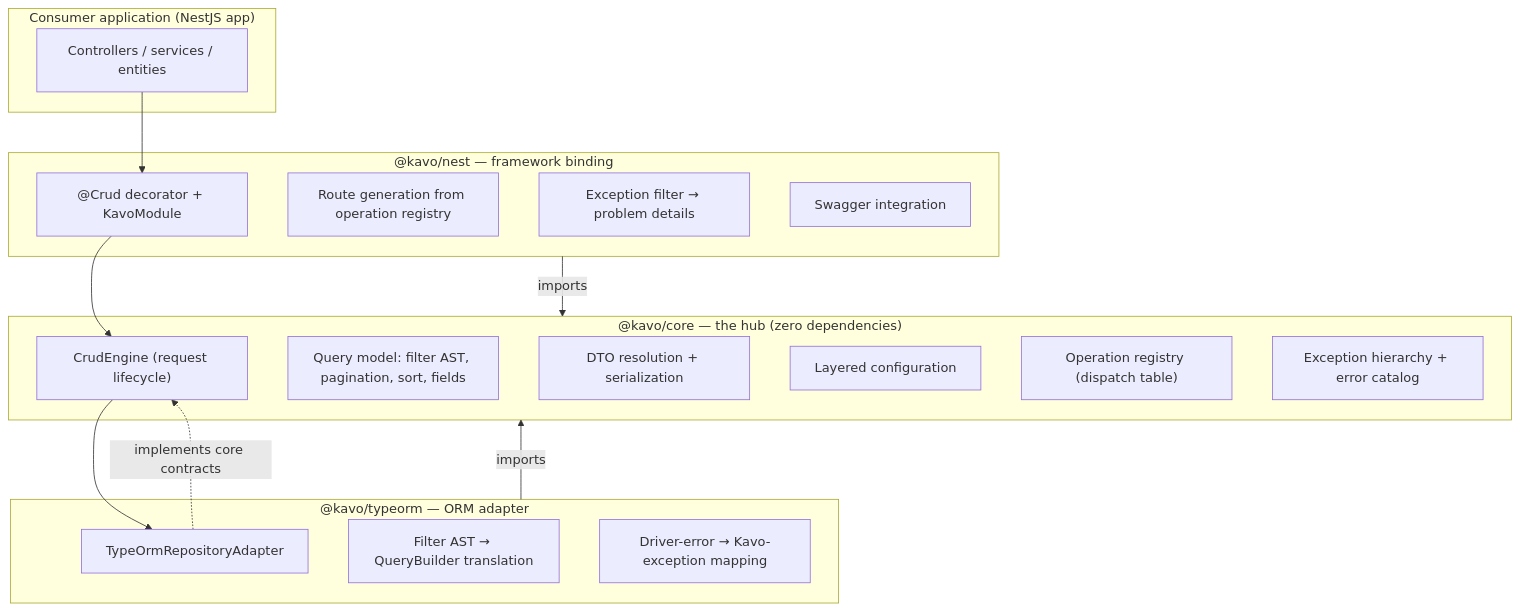
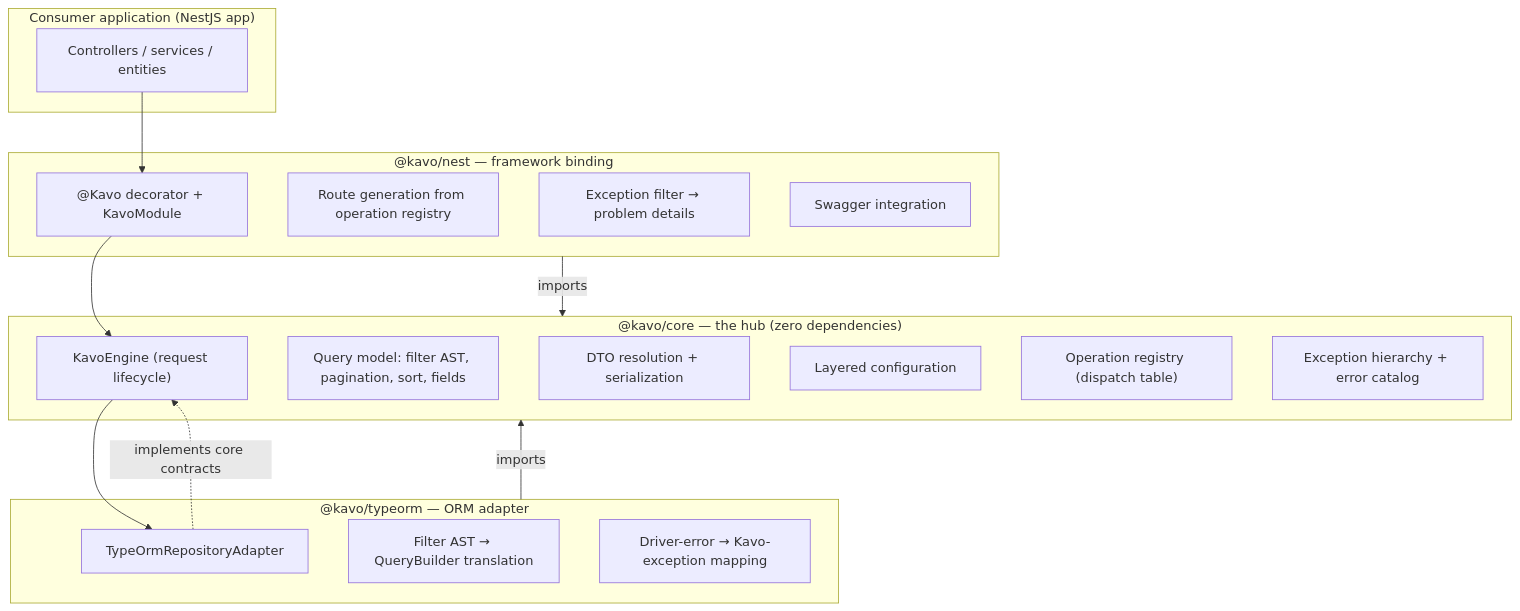
The first of 5 diagrams in docs/architecture/01-system-architecture.md (hosseinsalemi/crudo), drawn with Mermaid before and after one commit. The commit also changed other lines of this file and 38 other files, not shown here.

First line of the commit message:
docs: update Crud references to Kavo across docs, ADRs, and skills

````diff
--- a/docs/architecture/01-system-architecture.md
+++ b/docs/architecture/01-system-architecture.md
@@ -17,35 +17,35 @@
 ```mermaid
 flowchart TB
     subgraph consumer["Consumer application (NestJS app)"]
         C[Controllers / services / entities]
     end
 
     subgraph nest["@kavo/nest — framework binding"]
-        N1["@Crud decorator + KavoModule"]
+        N1["@Kavo decorator + KavoModule"]
         N2[Route generation from operation registry]
         N3[Exception filter → problem details]
         N4[Swagger integration]
     end
 
     subgraph core["@kavo/core — the hub (zero dependencies)"]
-        E["CrudEngine (request lifecycle)"]
+        E["KavoEngine (request lifecycle)"]
         Q[Query model: filter AST, pagination, sort, fields]
         D[DTO resolution + serialization]
         CF[Layered configuration]
         R["Operation registry (dispatch table)"]
         X[Exception hierarchy + error catalog]
     end
 
     subgraph typeorm["@kavo/typeorm — ORM adapter"]
         T1[TypeOrmRepositoryAdapter]
         T2[Filter AST → QueryBuilder translation]
         T3[Driver-error → Kavo-exception mapping]
     end
 
     C --> N1
     N1 --> E
     E --> T1
     T1 -.->|implements core contracts| E
     nest -->|imports| core
     typeorm -->|imports| core
 ```
````
